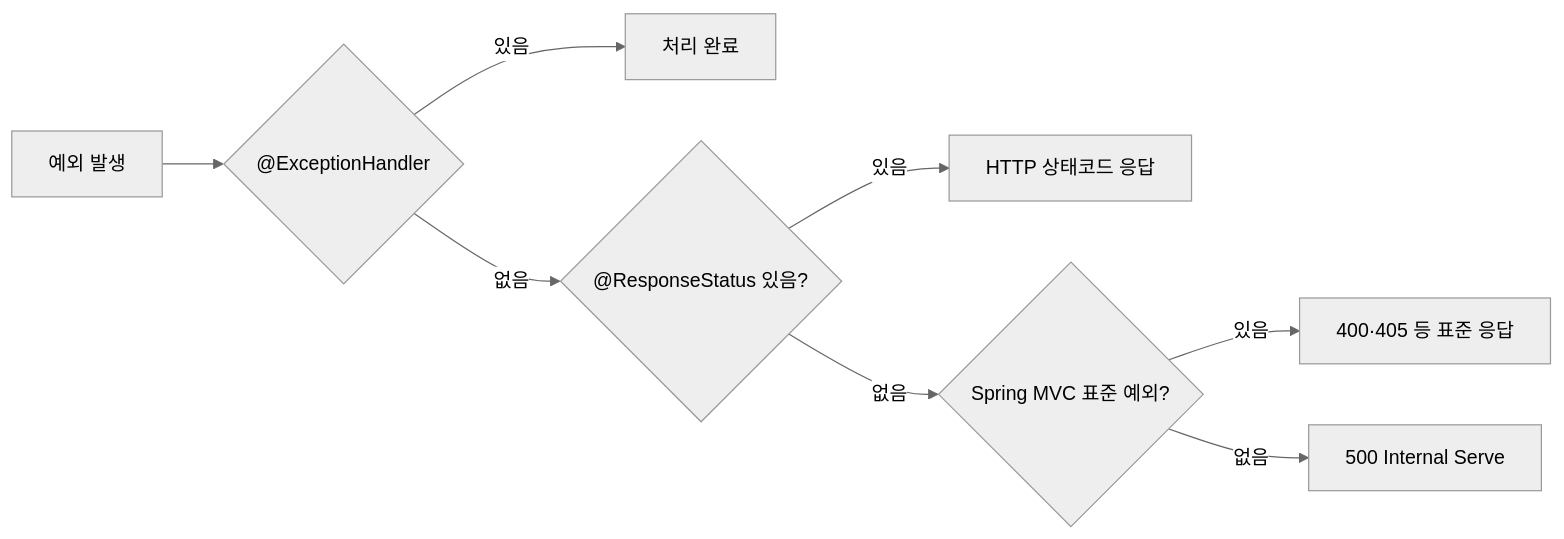
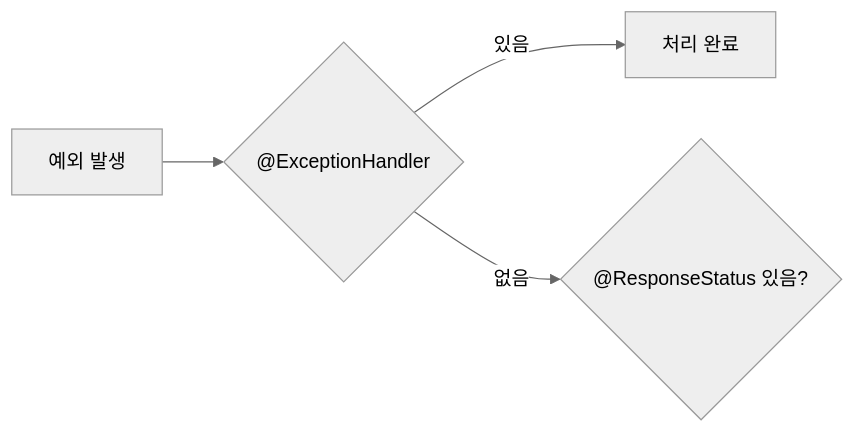
The eighth of 13 diagrams in _posts/spring/2026-05-02-spring-mvc-deep.md (yjkim2015/yjkim2015.github.io), drawn with Mermaid (neutral theme) before and after one commit. The commit also changed other lines of this file and 132 other files, not shown here.

First line of the commit message:
Mermaid 다이어그램 가독성 정리: 단순 제거, 노드 축소, TD→LR 변환

````diff
--- a/_posts/spring/2026-05-02-spring-mvc-deep.md
+++ b/_posts/spring/2026-05-02-spring-mvc-deep.md
@@ -537,10 +537,6 @@
 ```mermaid
 flowchart LR
     A["예외 발생"] --> B{"@ExceptionHandler"}
     B -->|"있음"| C["처리 완료"]
     B -->|"없음"| D{"@ResponseStatus 있음?"}
-    D -->|"있음"| E["HTTP 상태코드 응답"]
-    D -->|"없음"| F{"Spring MVC 표준 예외?"}
-    F -->|"있음"| G["400·405 등 표준 응답"]
-    F -->|"없음"| H["500 Internal Serve"]
 ```
````
